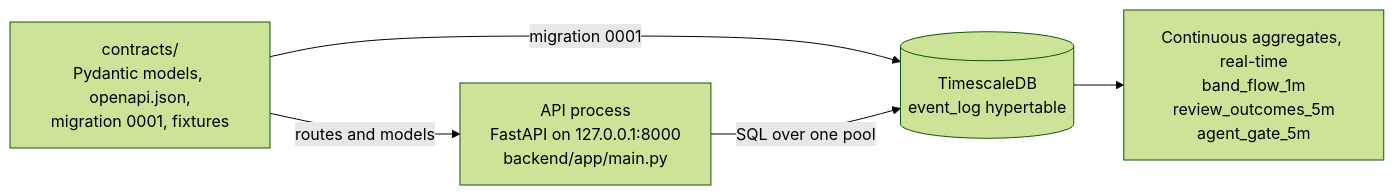
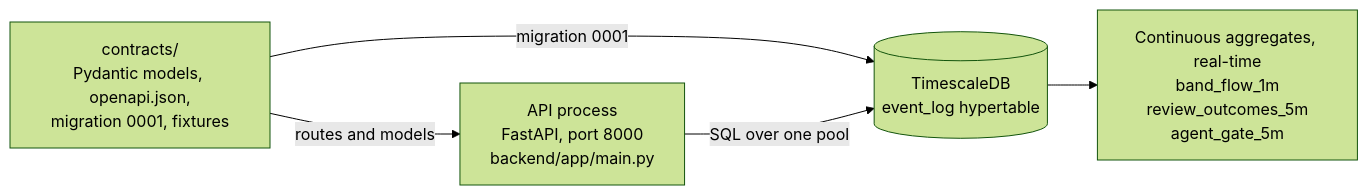
Before and after one commit to ivan-711/checkmate: the diagram in README.md, drawn with Mermaid (forest theme). The commit also changed other lines of this file and 1 other file, not shown here.

````diff
--- a/README.md
+++ b/README.md
@@ -45,11 +47,11 @@
 ```mermaid
 flowchart LR
     contracts["contracts/<br/>Pydantic models, openapi.json,<br/>migration 0001, fixtures"]
-    api["API process<br/>FastAPI on 127.0.0.1:8000<br/>backend/app/main.py"]
+    api["API process<br/>FastAPI, port 8000<br/>backend/app/main.py"]
     db[("TimescaleDB<br/>event_log hypertable")]
     aggs["Continuous aggregates, real-time<br/>band_flow_1m<br/>review_outcomes_5m<br/>agent_gate_5m"]
     contracts -- "routes and models" --> api
     contracts -- "migration 0001" --> db
     api -- "SQL over one pool" --> db
     db --> aggs
 ```
````
